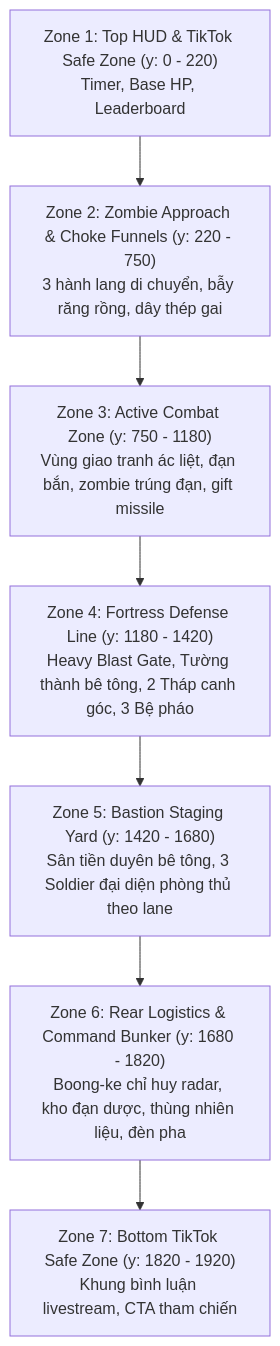
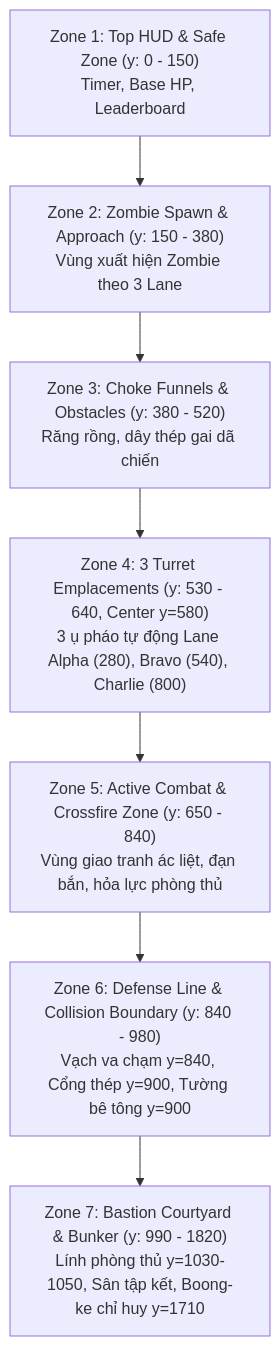
Before and after one commit to vulinh6393-svg/zombie-live: the diagram in docs/visual/BASTION_MASTER_LAYOUT.md, drawn with Mermaid. The commit also changed other lines of this file and 38 other files, not shown here.

Commit message:
feat(art): vertical slice art gate & dynamic collision proof, semi-realistic textures, SSOT geometry, and assertion-driven verification

````diff
--- a/docs/visual/BASTION_MASTER_LAYOUT.md
+++ b/docs/visual/BASTION_MASTER_LAYOUT.md
@@ -36,12 +31,12 @@
 ```mermaid
 flowchart TD
-    Z1["Zone 1: Top HUD & TikTok Safe Zone (y: 0 - 220)<br>Timer, Base HP, Leaderboard"]
-    Z2["Zone 2: Zombie Approach & Choke Funnels (y: 220 - 750)<br>3 hành lang di chuyển, bẫy răng rồng, dây thép gai"]
-    Z3["Zone 3: Active Combat Zone (y: 750 - 1180)<br>Vùng giao tranh ác liệt, đạn bắn, zombie trúng đạn, gift missile"]
-    Z4["Zone 4: Fortress Defense Line (y: 1180 - 1420)<br>Heavy Blast Gate, Tường thành bê tông, 2 Tháp canh góc, 3 Bệ pháo"]
-    Z5["Zone 5: Bastion Staging Yard (y: 1420 - 1680)<br>Sân tiền duyên bê tông, 3 Soldier đại diện phòng thủ theo lane"]
-    Z6["Zone 6: Rear Logistics & Command Bunker (y: 1680 - 1820)<br>Boong-ke chỉ huy radar, kho đạn dược, thùng nhiên liệu, đèn pha"]
-    Z7["Zone 7: Bottom TikTok Safe Zone (y: 1820 - 1920)<br>Khung bình luận livestream, CTA tham chiến"]
+    Z1["Zone 1: Top HUD & Safe Zone (y: 0 - 150)<br>Timer, Base HP, Leaderboard"]
+    Z2["Zone 2: Zombie Spawn & Approach (y: 150 - 380)<br>Vùng xuất hiện Zombie theo 3 Lane"]
+    Z3["Zone 3: Choke Funnels & Obstacles (y: 380 - 520)<br>Răng rồng, dây thép gai dã chiến"]
+    Z4["Zone 4: 3 Turret Emplacements (y: 530 - 640, Center y=580)<br>3 ụ pháo tự động Lane Alpha (280), Bravo (540), Charlie (800)"]
+    Z5["Zone 5: Active Combat & Crossfire Zone (y: 650 - 840)<br>Vùng giao tranh ác liệt, đạn bắn, hỏa lực phòng thủ"]
+    Z6["Zone 6: Defense Line & Collision Boundary (y: 840 - 980)<br>Vạch va chạm y=840, Cổng thép y=900, Tường bê tông y=900"]
+    Z7["Zone 7: Bastion Courtyard & Bunker (y: 990 - 1820)<br>Lính phòng thủ y=1030-1050, Sân tập kết, Boong-ke chỉ huy y=1710"]
 
     Z1 --> Z2 --> Z3 --> Z4 --> Z5 --> Z6 --> Z7
 ```
````
